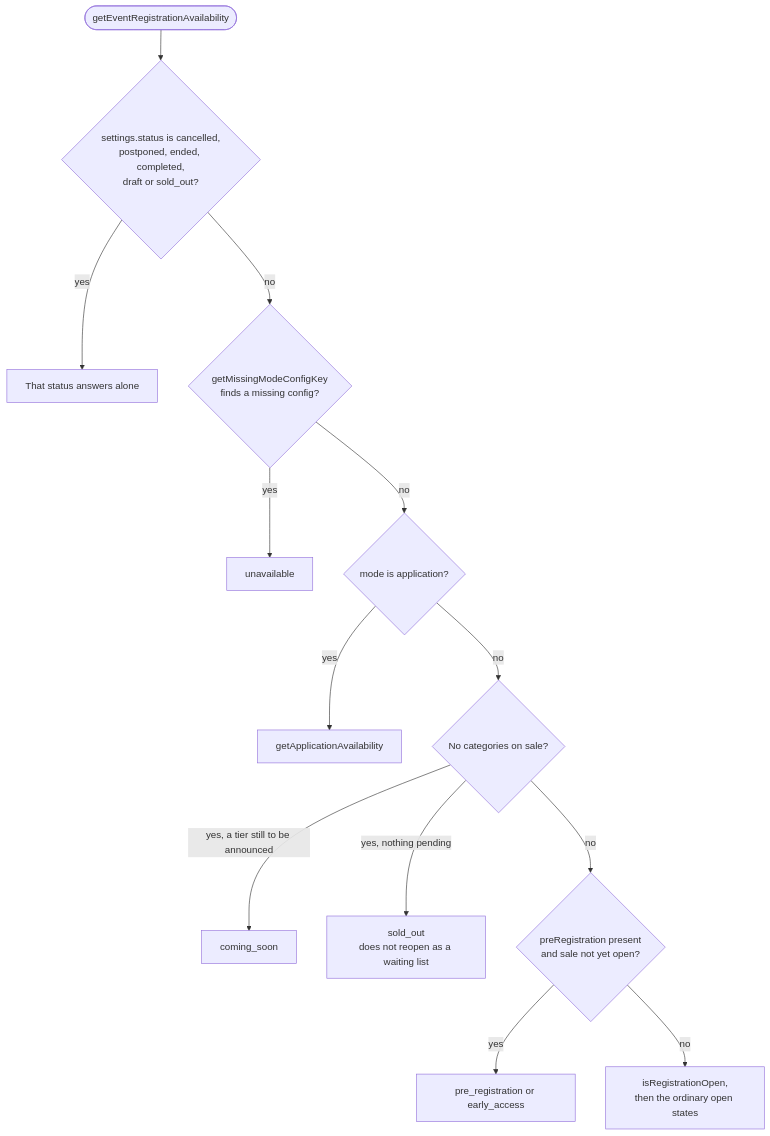
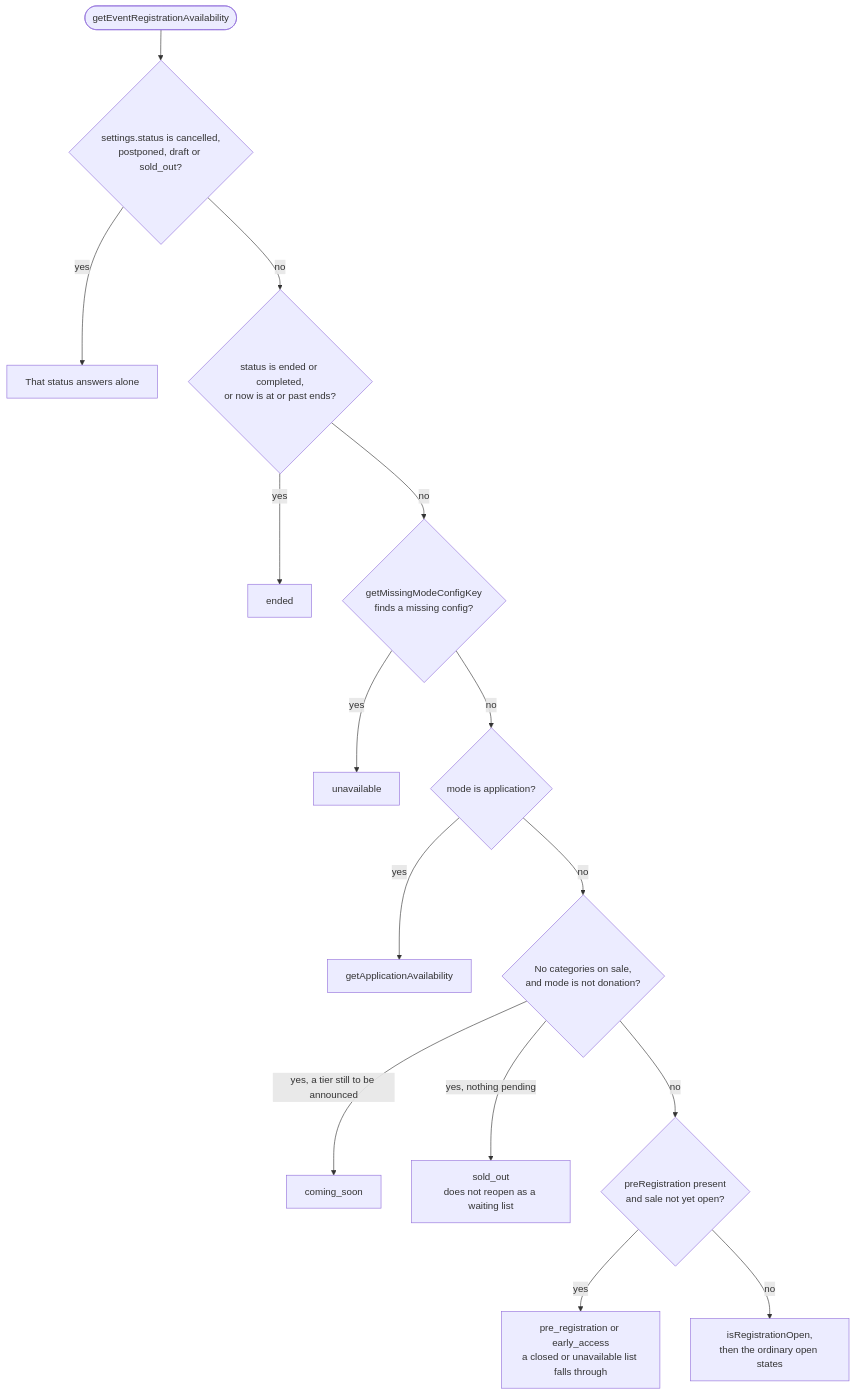
One commit to stage-crew/platform-docs changed diagram 11 of 20 in tickify-event-details-and-registration.md. Above: the diagram before and after it, drawn with Mermaid. The commit also changed other lines of this file, not shown here.

Commit message:
Updated event details

````diff
--- a/tickify-event-details-and-registration.md
+++ b/tickify-event-details-and-registration.md
@@ -659,15 +750,17 @@
 ```mermaid
 flowchart TD
-  A(["getEventRegistrationAvailability"]) --> S1{"settings.status is cancelled,<br/>postponed, ended, completed,<br/>draft or sold_out?"}
+  A(["getEventRegistrationAvailability"]) --> S1{"settings.status is cancelled,<br/>postponed, draft or sold_out?"}
   S1 -- yes --> R1["That status answers alone"]
-  S1 -- no --> S2{"getMissingModeConfigKey<br/>finds a missing config?"}
+  S1 -- no --> SE{"status is ended or completed,<br/>or now is at or past ends?"}
+  SE -- yes --> RE["ended"]
+  SE -- no --> S2{"getMissingModeConfigKey<br/>finds a missing config?"}
   S2 -- yes --> R2["unavailable"]
   S2 -- no --> S3{"mode is application?"}
   S3 -- yes --> R3["getApplicationAvailability"]
-  S3 -- no --> S4{"No categories on sale?"}
+  S3 -- no --> S4{"No categories on sale,<br/>and mode is not donation?"}
   S4 -- "yes, a tier still to be announced" --> R4a["coming_soon"]
   S4 -- "yes, nothing pending" --> R4b["sold_out<br/>does not reopen as a waiting list"]
   S4 -- no --> S5{"preRegistration present<br/>and sale not yet open?"}
-  S5 -- yes --> R5["pre_registration or early_access"]
+  S5 -- yes --> R5["pre_registration or early_access<br/>a closed or unavailable list falls through"]
   S5 -- no --> R6["isRegistrationOpen,<br/>then the ordinary open states"]
 ```
````
